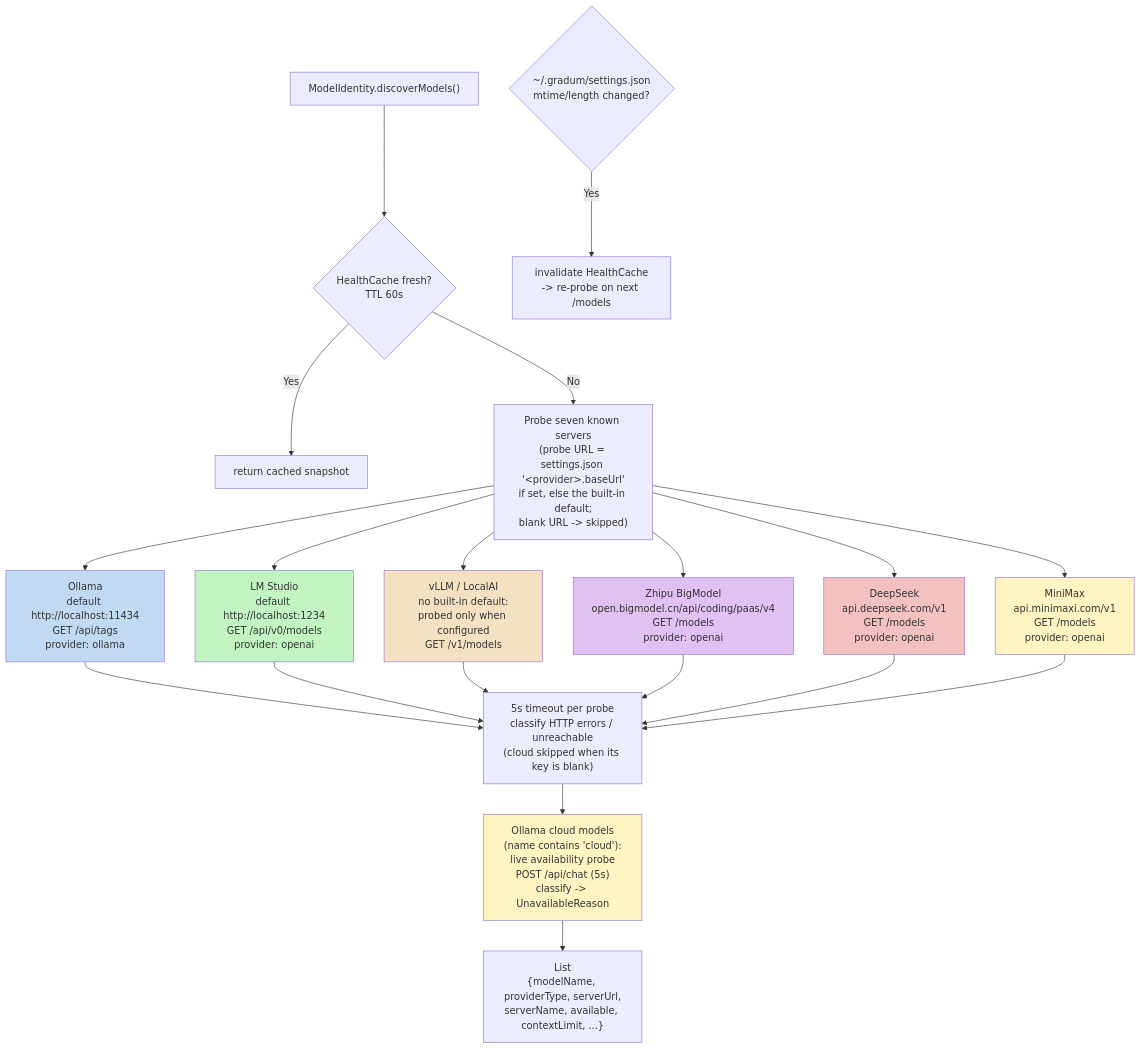
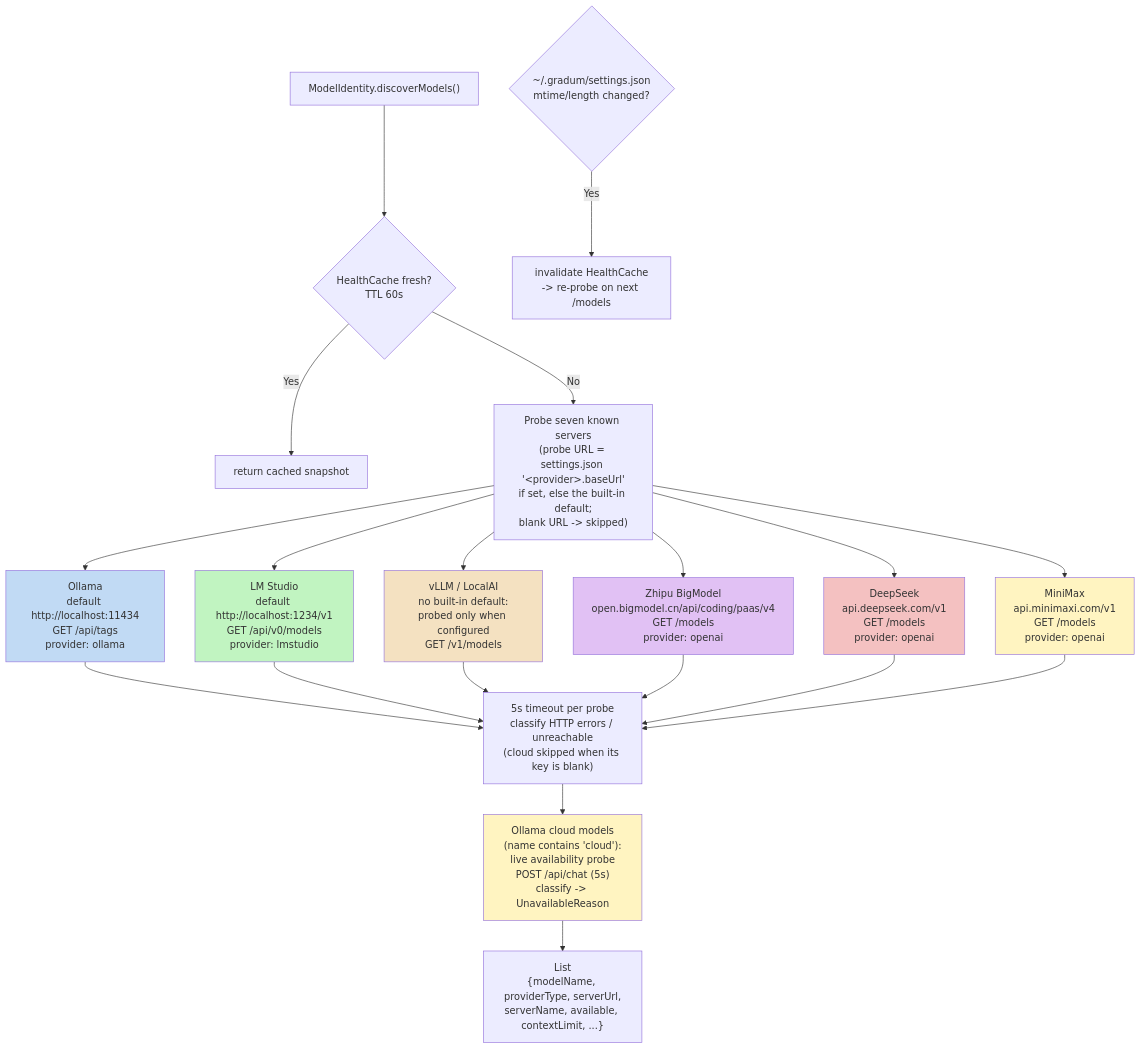
Before and after one commit to lg841226/Gradum: the tenth of 31 diagrams in docs/ARCHITECTURE.md, drawn with Mermaid. The commit also changed other lines of this file and 22 other files, not shown here.

````diff
--- a/docs/ARCHITECTURE.md
+++ b/docs/ARCHITECTURE.md
@@ -760,31 +760,31 @@
 ```mermaid
 flowchart TD
     START["ModelIdentity.discoverModels()"] --> CACHE{HealthCache fresh?<br/>TTL 60s}
     CACHE -- Yes --> CACHED["return cached snapshot"]
     CACHE -- No --> PROBE["Probe seven known servers<br/>(probe URL = settings.json '&lt;provider&gt;.baseUrl'<br/>if set, else the built-in default;<br/>blank URL -> skipped)"]
     PROBE --> P1[Ollama<br/>default http://localhost:11434<br/>GET /api/tags<br/>provider: ollama]
-    PROBE --> P2[LM Studio<br/>default http://localhost:1234<br/>GET /api/v0/models<br/>provider: openai]
+    PROBE --> P2[LM Studio<br/>default http://localhost:1234/v1<br/>GET /api/v0/models<br/>provider: lmstudio]
     PROBE --> P3["vLLM / LocalAI<br/>no built-in default:<br/>probed only when configured<br/>GET /v1/models"]
     PROBE --> P5["Zhipu BigModel<br/>open.bigmodel.cn/api/coding/paas/v4<br/>GET /models<br/>provider: openai"]
     PROBE --> P6["DeepSeek<br/>api.deepseek.com/v1<br/>GET /models<br/>provider: openai"]
     PROBE --> P7["MiniMax<br/>api.minimaxi.com/v1<br/>GET /models<br/>provider: openai"]
     P1 --> R1["5s timeout per probe<br/>classify HTTP errors / unreachable<br/>(cloud skipped when its key is blank)"]
     P2 --> R1
     P3 --> R1
     P5 --> R1
     P6 --> R1
     P7 --> R1
 
     R1 --> CLOUD["Ollama cloud models<br/>(name contains 'cloud'):<br/>live availability probe<br/>POST /api/chat (5s)<br/>classify -> UnavailableReason"]
     CLOUD --> RESULT["List<ModelEntry><br/>{modelName, providerType, serverUrl,<br/>serverName, available, contextLimit, ...}"]
 
     PROBE_CONFIG{"~/.gradum/settings.json<br/>mtime/length changed?"}
     PROBE_CONFIG -- Yes --> CACHE_IVAL["invalidate HealthCache<br/>-> re-probe on next /models"]
     style P1 fill: #c1daf4
     style P2 fill: #c1f4c1
     style P3 fill: #f4e1c1
     style P5 fill: #e1c1f4
     style P6 fill: #f4c1c1
     style P7 fill: #fff4c1
     style CLOUD fill: #fff4c1
 ```
````
